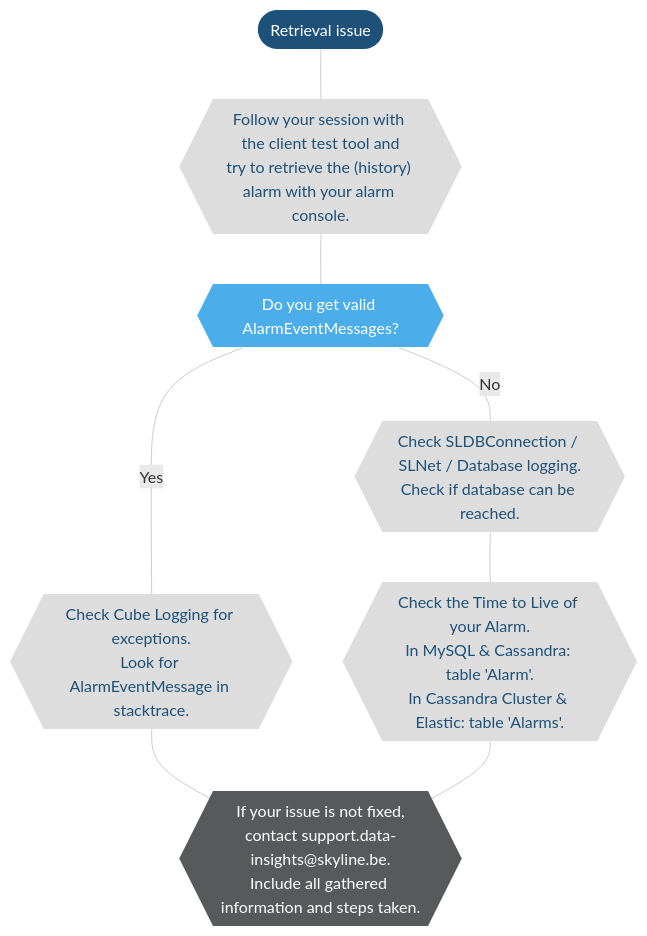
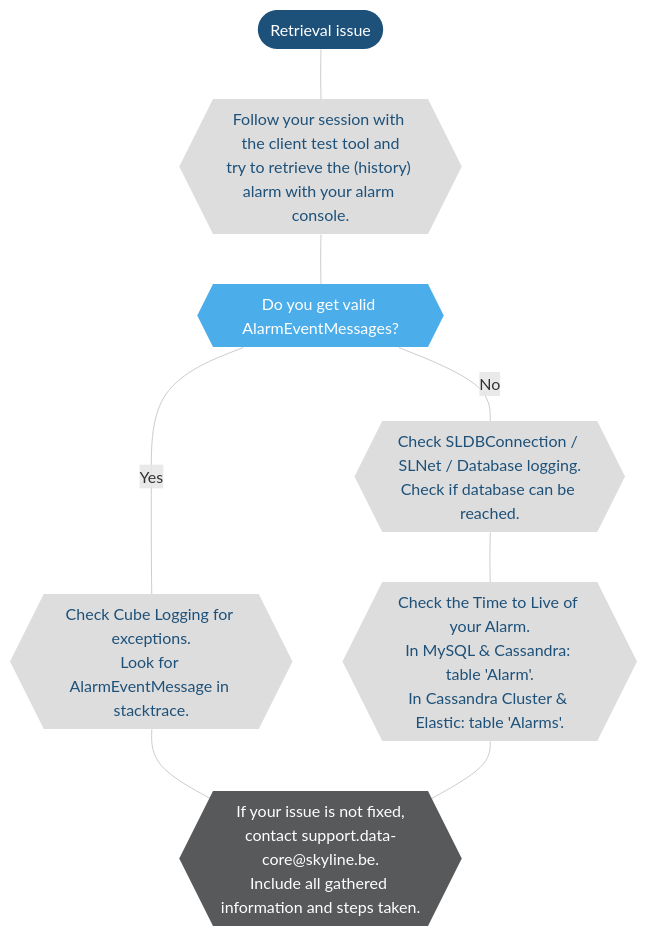
The second of 3 diagrams in user-guide/Troubleshooting/Troubleshooting_Flowcharts/Troubleshooting_Alarms.md (SkylineCommunications/dataminer-docs), drawn with Mermaid before and after one commit. The commit also changed other lines of this file, not shown here.

```diff
--- a/user-guide/Troubleshooting/Troubleshooting_Flowcharts/Troubleshooting_Alarms.md
+++ b/user-guide/Troubleshooting/Troubleshooting_Flowcharts/Troubleshooting_Alarms.md
@@ -58,35 +58,35 @@
 <div class="mermaid">
 flowchart TD
 %% Define styles %%
 linkStyle default stroke:#cccccc
 classDef classTerminal fill:#1e5179,stroke:#1e5179,color:#ffffff,stroke-width:0px;
 classDef classDecision fill:#4baeea,stroke:#4baeea,color:#ffffff,stroke-width:0px;
 classDef classExternalRef fill:#9ddaf5,stroke:#9ddaf5,color:#1E5179,stroke-width:0px;
 classDef classActionClickable fill:#999999,stroke:#999999,color:#ffffff,stroke-width:0px;
 classDef classAction fill:#dddddd,stroke:#dddddd,color:#1E5179,stroke-width:0px;
 classDef classSolution fill:#58595b,stroke:#58595b,color:#ffffff,stroke-width:0px;
 %% Define blocks %%
 RetrievalIssue([Retrieval issue])
 FollowCTT{{"Follow your session with the client test tool and\ntry to retrieve the (history) alarm with your alarm console."}}
 RetrievalIssueChecks{{"Do you get valid AlarmEventMessages?"}}
 ClientSide{{"Check Cube Logging for exceptions.\nLook for AlarmEventMessage in stacktrace."}}
 ServerSide{{"Check SLDBConnection / SLNet / Database logging.\nCheck if database can be reached."}}
 AlarmTTL{{"Check the Time to Live of your Alarm.\nIn MySQL & Cassandra: table 'Alarm'.\nIn Cassandra Cluster & Elastic: table 'Alarms'."}}
-NotFixed{{"If your issue is not fixed,\ncontact support.data-insights@skyline.be.\nInclude all gathered information and steps taken."}}
+NotFixed{{"If your issue is not fixed,\ncontact support.data-core@skyline.be.\nInclude all gathered information and steps taken."}}
 %% Connect blocks %%
 RetrievalIssue --- FollowCTT
 FollowCTT --- RetrievalIssueChecks
 RetrievalIssueChecks --- |Yes|ClientSide
 RetrievalIssueChecks --- |No|ServerSide
 ServerSide --- AlarmTTL
 ClientSide --- NotFixed
 AlarmTTL --- NotFixed
 %% Define hyperlinks %%
 %% Apply styles to blocks %%
 class RetrievalIssue classTerminal;
 class AlarmConsole,Surveyor,Apps,Trending classExternalRef;
 %%class classActionClickable;
 class FollowCTT,ClientSide,ServerSide,AlarmTTL classAction;
 class RetrievalIssueChecks classDecision;
 class NotFixed classSolution;
 </div>
```
